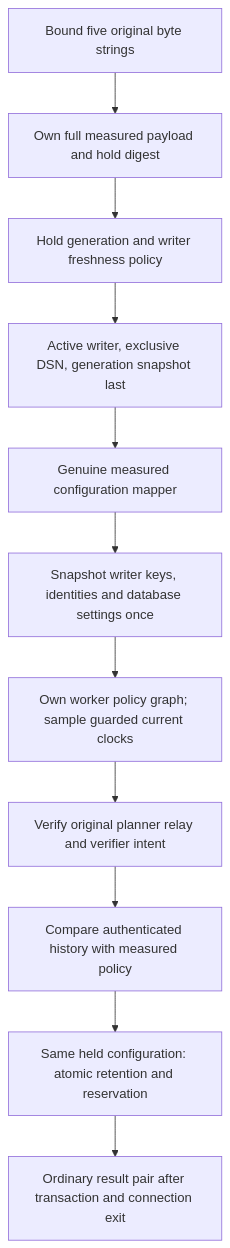
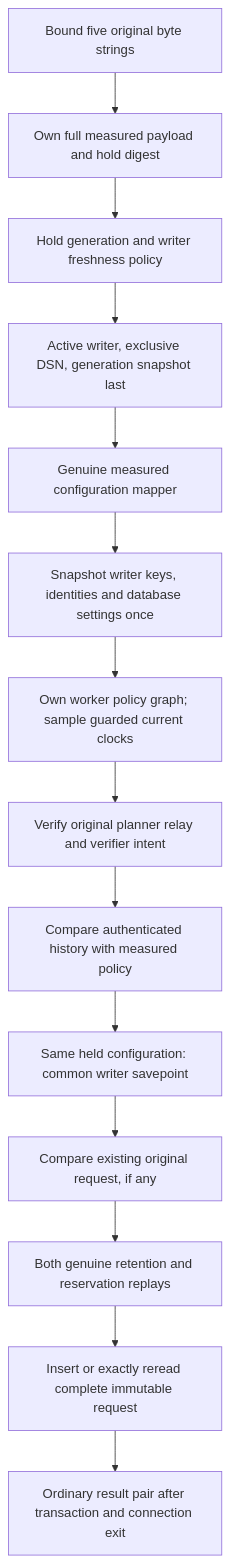
The diagram in docs/authority-revocation-writer-composition.md (AndrewMohawk/catchplate), drawn with Mermaid before and after one commit. The commit also changed other lines of this file and 33 other files, not shown here.

````diff
--- a/docs/authority-revocation-writer-composition.md
+++ b/docs/authority-revocation-writer-composition.md
@@ -18,13 +20,16 @@
 ```mermaid
 flowchart TD
     A[Bound five original byte strings] --> B[Own full measured payload and hold digest]
     B --> C[Hold generation and writer freshness policy]
     C --> D[Active writer, exclusive DSN, generation snapshot last]
     D --> E[Genuine measured configuration mapper]
     E --> F[Snapshot writer keys, identities and database settings once]
     F --> G[Own worker policy graph; sample guarded current clocks]
     G --> H[Verify original planner relay and verifier intent]
     H --> I[Compare authenticated history with measured policy]
-    I --> J[Same held configuration: atomic retention and reservation]
-    J --> K[Ordinary result pair after transaction and connection exit]
+    I --> J[Same held configuration: common writer savepoint]
+    J --> L[Compare existing original request, if any]
+    L --> M[Both genuine retention and reservation replays]
+    M --> N[Insert or exactly reread complete immutable request]
+    N --> K[Ordinary result pair after transaction and connection exit]
 ```
````
